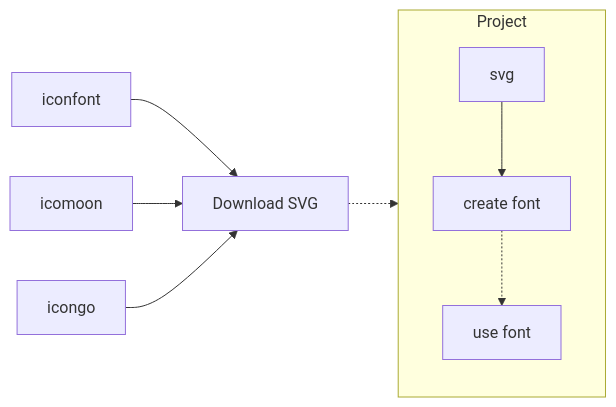
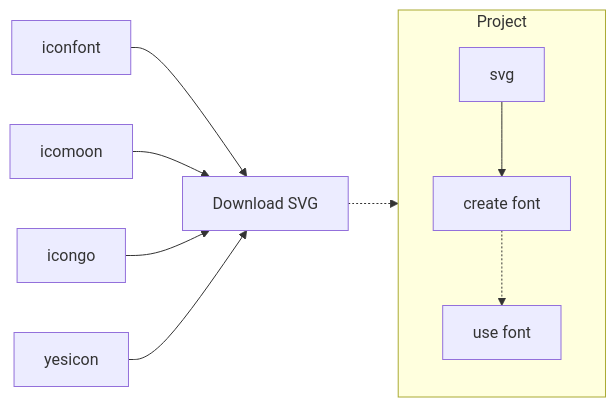
One commit to jaywcjlove/svgtofont changed the diagram in README.md. Above: the diagram before and after it, drawn with Mermaid.

````diff
--- a/README.md
+++ b/README.md
@@ -60,14 +60,16 @@
 ```mermaid
 graph LR;
     A[iconfont]-->C[Download SVG];
     B[icomoon]-->C;
     D[icongo]-->C;
+    E[yesicon]-->C;
     click A "https://www.iconfont.cn" "阿里巴巴矢量图标库" _blank
     click B "https://icomoon.io" "Pixel Perfect Icon Solutions" _blank
     click D "https://icongo.github.io" "Include popular icons in your React projects easily icons." _blank
+    click E "https://yesicon.app/" "216,162 High-Quality Vector Icons from Top Design Teams." _blank
     C .-> ide1
     subgraph ide1 [Project]
         svg -->a2[create font]
         a2 .-> b3[use font]
     end
 ```
````
